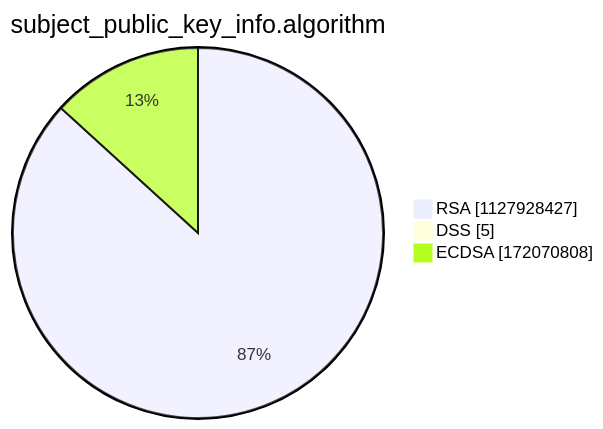
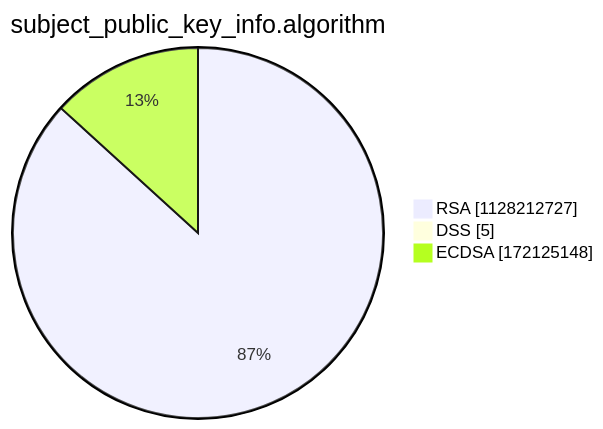
Before and after one commit to christiankrug/ctmonitor_visualization: the third of 15 diagrams in argon2022/README.md, drawn with Mermaid. The commit also changed other lines of this file, not shown here.

````diff
--- a/argon2022/README.md
+++ b/argon2022/README.md
@@ -14,7 +14,7 @@
 ```mermaid
 pie showData
 title subject_public_key_info.algorithm
-"RSA" :1127928427
+"RSA" :1128212727
 "DSS" :5
-"ECDSA" :172070808
+"ECDSA" :172125148
 ```
````
